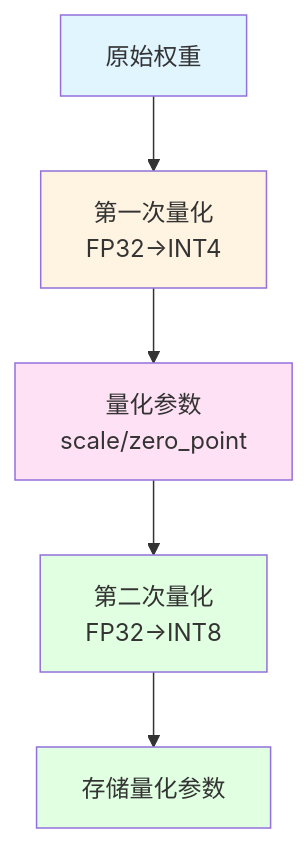
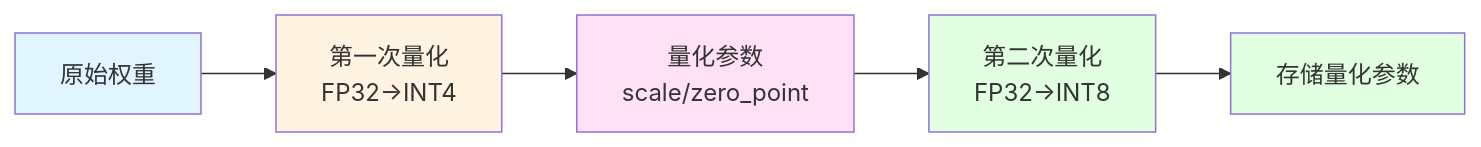
One commit to xdongp/xllm changed the seventh of 26 diagrams in lesson/7.前向传播优化技术.md. Above: the diagram before and after it, drawn with Mermaid. The commit also changed other lines of this file and 39 other files, not shown here.

````diff
--- a/lesson/7.前向传播优化技术.md
+++ b/lesson/7.前向传播优化技术.md
@@ -310,13 +303,13 @@
 ```mermaid
-graph TB
+graph LR
     A[原始权重] --> B[第一次量化<br/>FP32→INT4]
     B --> C[量化参数<br/>scale/zero_point]
     C --> D[第二次量化<br/>FP32→INT8]
     D --> E[存储量化参数]
     
     style A fill:#e1f5ff
     style B fill:#fff4e1
     style C fill:#ffe1f5
     style D fill:#e1ffe1
     style E fill:#e1ffe1
 ```
````
